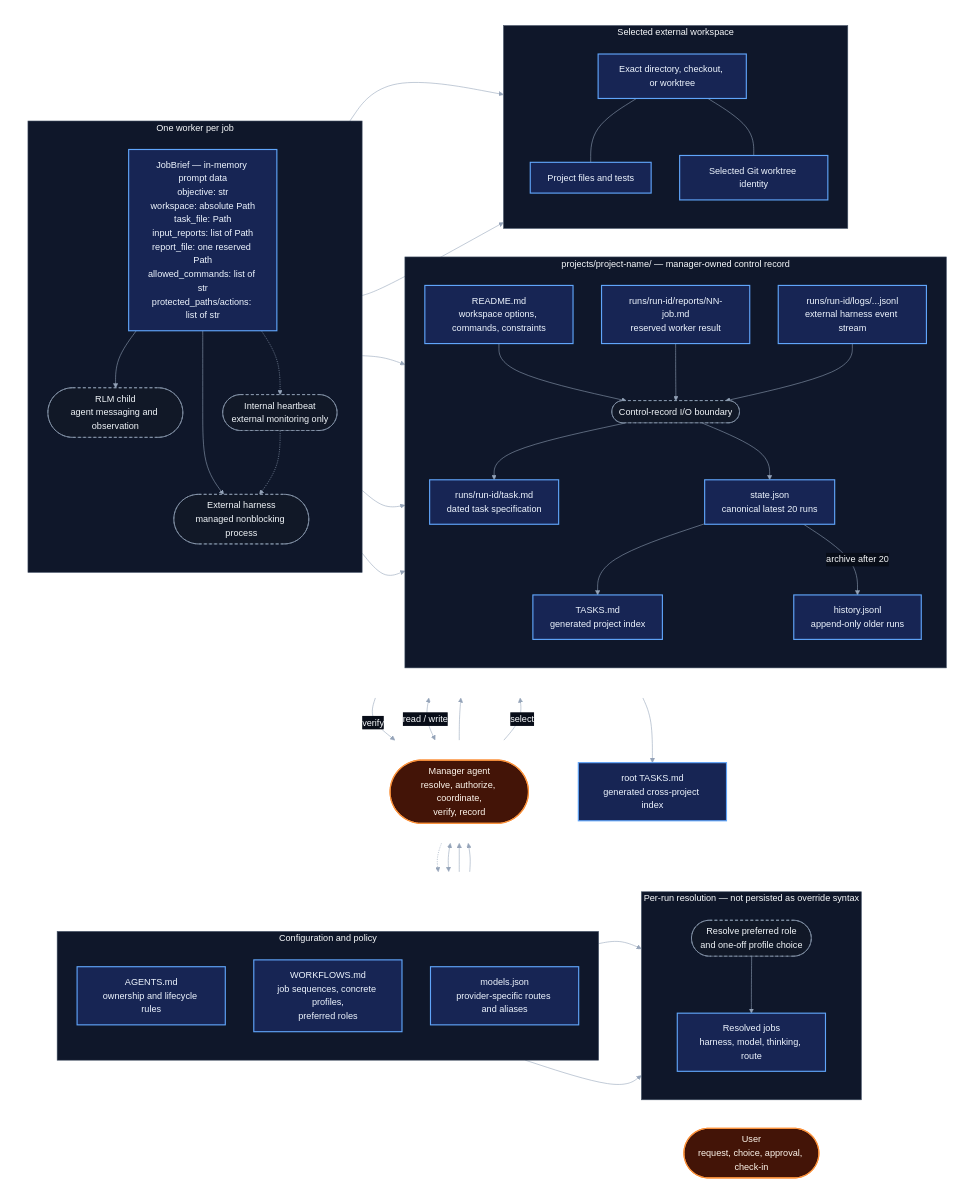
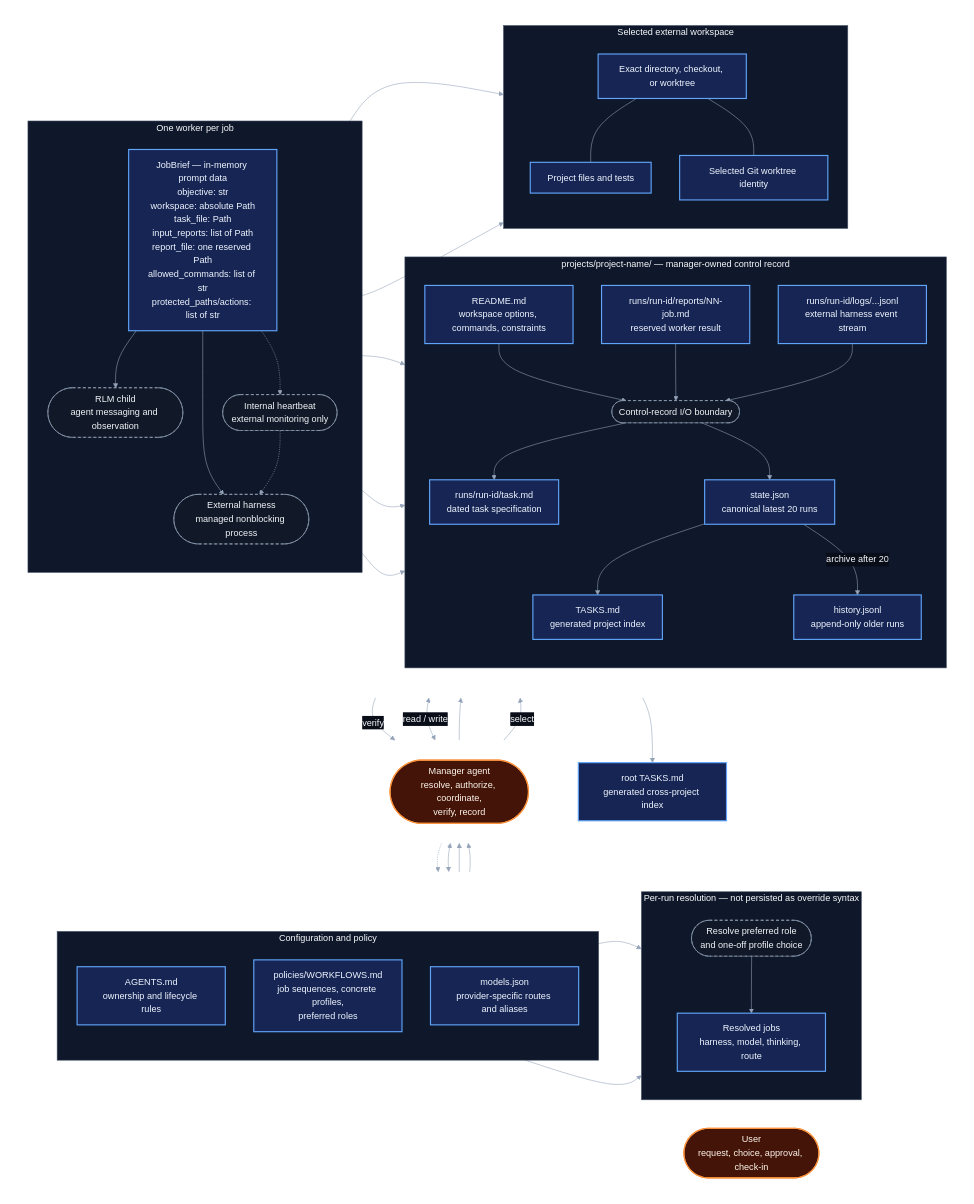
Before and after one commit to danielbush/pi-worker-agent: the diagram in docs/ARCHITECTURE.md, drawn with Mermaid. The commit also changed other lines of this file and 9 other files, not shown here.

```diff
--- a/docs/ARCHITECTURE.md
+++ b/docs/ARCHITECTURE.md
@@ -17,7 +17,7 @@
         subgraph CONFIG["Configuration and policy"]
             direction TB
             AG["AGENTS.md<br/>ownership and lifecycle rules"]
-            WF["WORKFLOWS.md<br/>job sequences, concrete profiles,<br/>preferred roles"]
+            WF["policies/WORKFLOWS.md<br/>job sequences, concrete profiles,<br/>preferred roles"]
             MC["models.json<br/>provider-specific routes and aliases"]
         end
 
```
